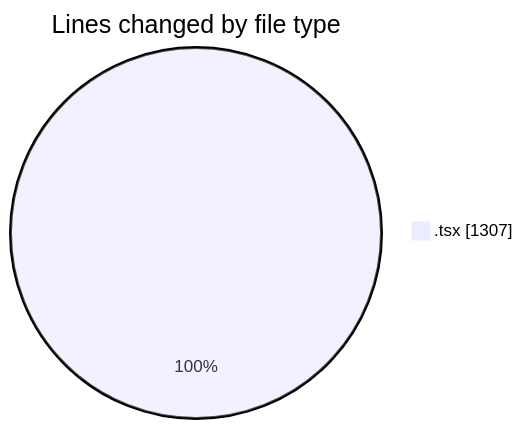
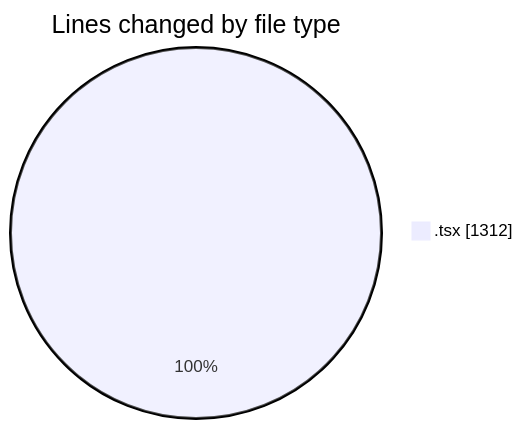
Before and after one commit to nxtqubesakshisongat/code-tracking: the first of 2 diagrams in 2026-07-24/nxtqube_webapp/README.md, drawn with Mermaid. The commit also changed other lines of this file and 1 other file, not shown here.

````diff
--- a/2026-07-24/nxtqube_webapp/README.md
+++ b/2026-07-24/nxtqube_webapp/README.md
@@ -23,5 +23,5 @@
 ```mermaid
 pie showData
 title Lines changed by file type
-".tsx" : 1307
+".tsx" : 1312
 ```
````
